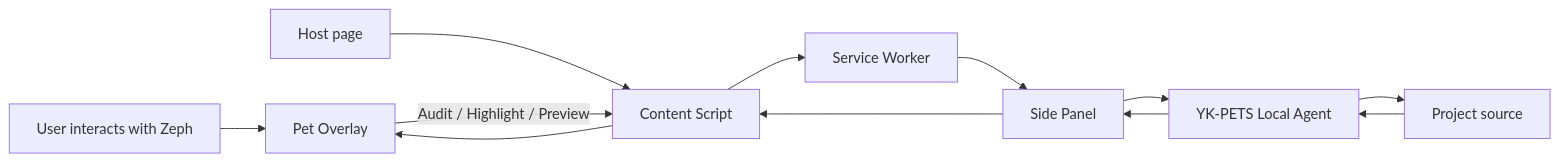
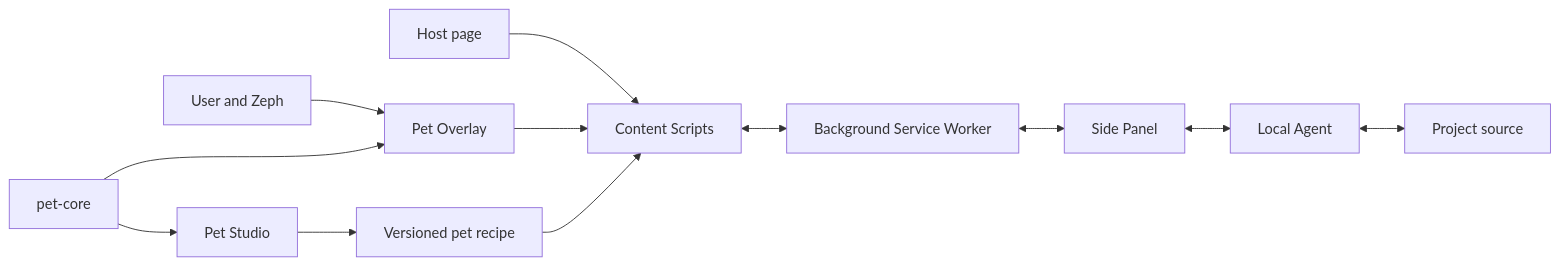
One commit to yokry-he/yk-pets changed the diagram in docs/en/ARCHITECTURE.md. Above: the diagram before and after it, drawn with Mermaid. The commit also changed other lines of this file and 69 other files, not shown here.

````diff
--- a/docs/en/ARCHITECTURE.md
+++ b/docs/en/ARCHITECTURE.md
@@ -170,14 +87,14 @@
 ```mermaid
 flowchart LR
-  User[User interacts with Zeph] --> Pet[Pet Overlay]
-  Page[Host page] --> Content[Content Script]
-  Pet -->|Audit / Highlight / Preview| Content
-  Content --> Background[Service Worker]
-  Background --> Side[Side Panel]
-  Side --> Agent[YK-PETS Local Agent]
-  Agent --> Source[Project source]
-  Source --> Agent
-  Agent --> Side
-  Side --> Content
-  Content --> Pet
+  Page[Host page] --> Content[Content Scripts]
+  User[User and Zeph] --> Overlay[Pet Overlay]
+  Overlay --> Content
+  Content <--> Background[Background Service Worker]
+  Background <--> Side[Side Panel]
+  Side <--> Agent[Local Agent]
+  Agent <--> Source[Project source]
+  Studio[Pet Studio] --> Recipe[Versioned pet recipe]
+  Recipe --> Content
+  Core[pet-core] --> Studio
+  Core --> Overlay
 ```
````
